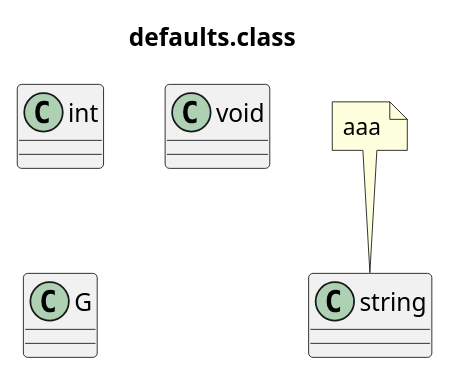
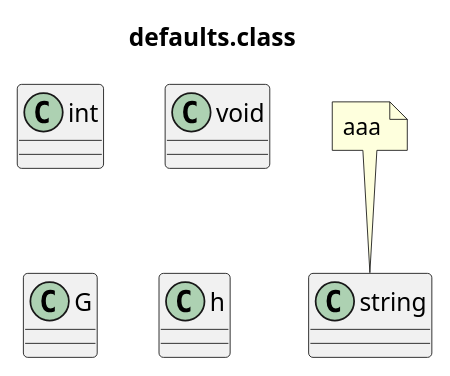
The diagram in testdocs/defaults.class.puml (AnQueth/PlantUMLEditor), drawn with PlantUML before and after one commit. The commit also changed 15 other files, not shown here.

```diff
--- a/testdocs/defaults.class.puml
+++ b/testdocs/defaults.class.puml
@@ -1,20 +1,27 @@
 @startuml
+
 title defaults.class
+
 class int {
 }
+
 class void {
 }
+
 class G {
 }
+
 class string {
 }
+
+
 note top of string
 aaa
 end note
 
+'aaaa fgggg
 
-'aaaa fgggg
- 
-
+class h {
+}
 
 @enduml
```
